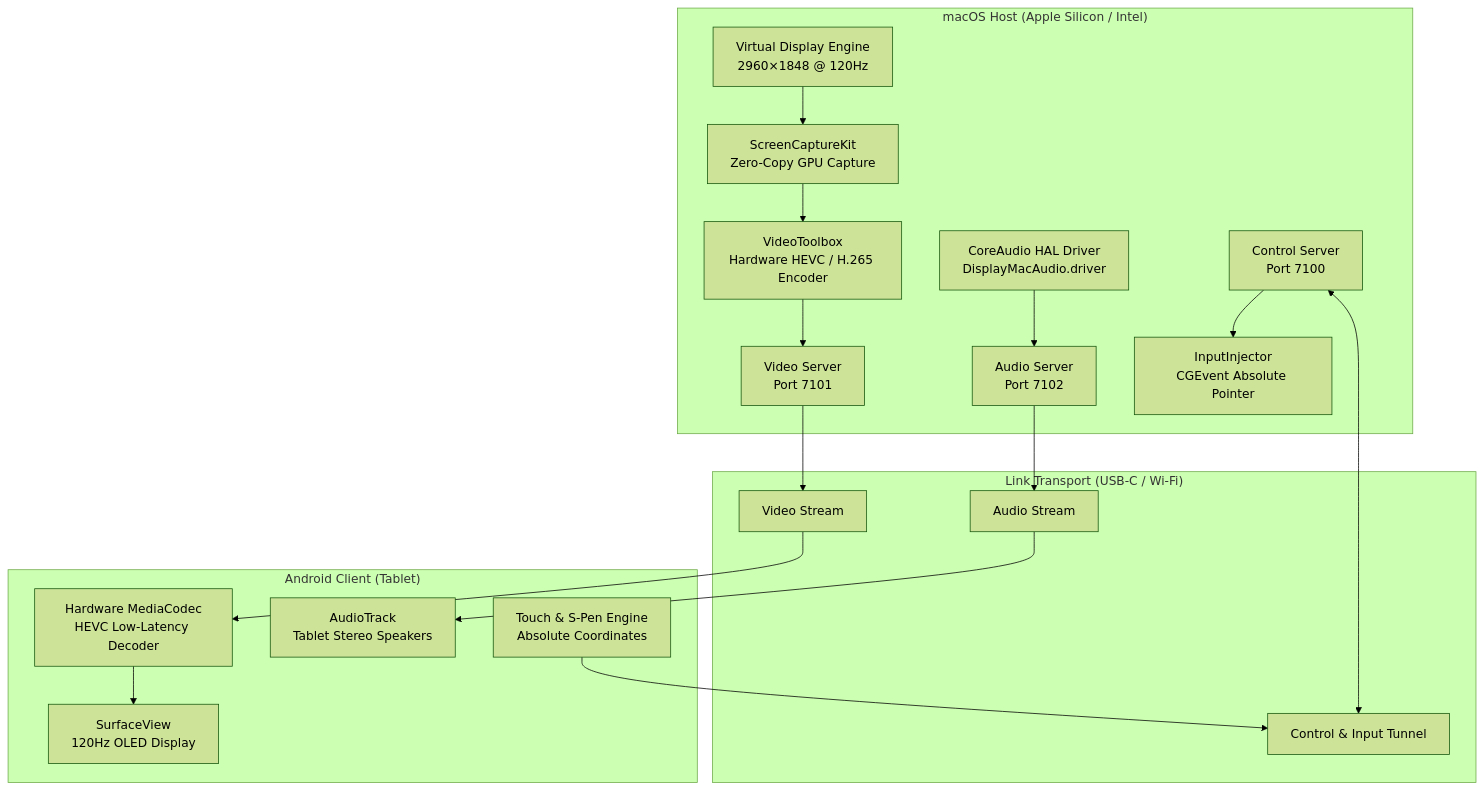
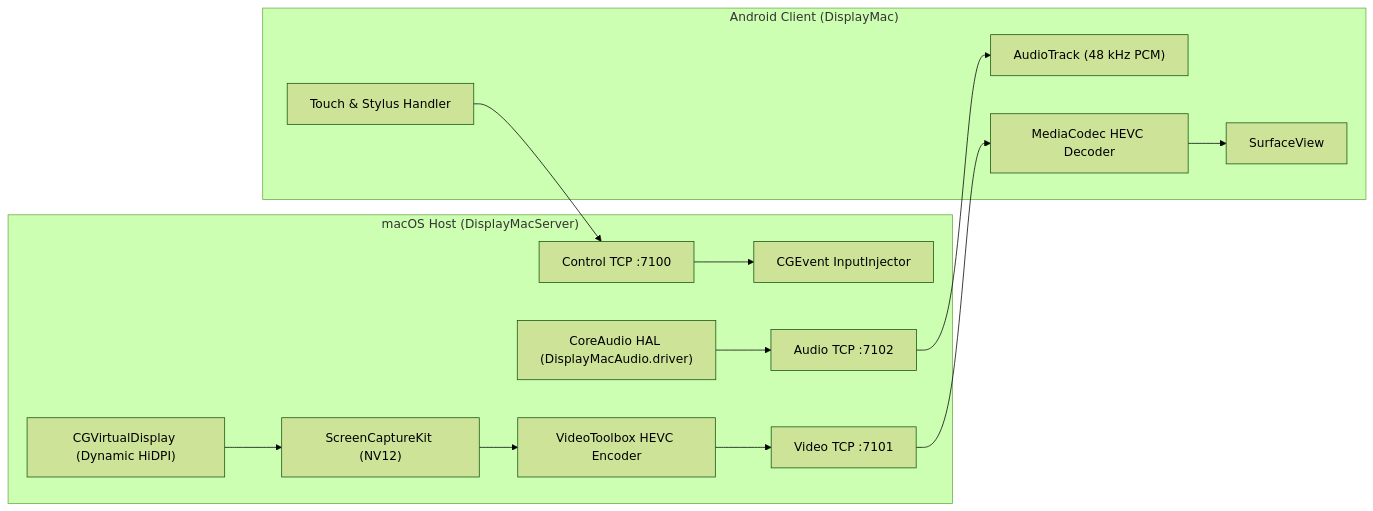
One commit to aniketlab/DisplayMac changed the diagram in README.md. Above: the diagram before and after it, drawn with Mermaid (forest theme). The commit also changed other lines of this file and 98 other files, not shown here.

Commit message:
chore: harden architecture, licensing, dynamic hardware negotiation, tests, and CI

````diff
--- a/README.md
+++ b/README.md
@@ -74,27 +36,17 @@
 ```mermaid
-flowchart TD
-    subgraph Host ["macOS Host (Apple Silicon / Intel)"]
-        A["Virtual Display Engine\n2960×1848 @ 120Hz"] --> B["ScreenCaptureKit\nZero-Copy GPU Capture"]
-        B --> C["VideoToolbox\nHardware HEVC / H.265 Encoder"]
-        C --> D["Video Server\nPort 7101"]
-        
-        M["CoreAudio HAL Driver\nDisplayMacAudio.driver"] --> N["Audio Server\nPort 7102"]
-        
-        O["Control Server\nPort 7100"] --> P["InputInjector\nCGEvent Absolute Pointer"]
+flowchart LR
+    subgraph Host["macOS Host (DisplayMacServer)"]
+        VD["CGVirtualDisplay (Dynamic HiDPI)"] --> SC["ScreenCaptureKit (NV12)"]
+        SC --> VT["VideoToolbox HEVC Encoder"]
+        VT --> NETV["Video TCP :7101"]
+        HAL["CoreAudio HAL (DisplayMacAudio.driver)"] --> NETA["Audio TCP :7102"]
+        NETC["Control TCP :7100"] --> IN["CGEvent InputInjector"]
     end
 
-    subgraph Link ["Link Transport (USB-C / Wi-Fi)"]
-        D --> E["Video Stream"]
-        N --> F["Audio Stream"]
-        O <--> G["Control & Input Tunnel"]
-    end
-
-    subgraph Client ["Android Client (Tablet)"]
-        E --> H["Hardware MediaCodec\nHEVC Low-Latency Decoder"]
-        H --> I["SurfaceView\n120Hz OLED Display"]
-        
-        F --> J["AudioTrack\nTablet Stereo Speakers"]
-        
-        K["Touch & S-Pen Engine\nAbsolute Coordinates"] --> G
+    subgraph Client["Android Client (DisplayMac)"]
+        NETV --> DEC["MediaCodec HEVC Decoder"]
+        DEC --> SURF["SurfaceView"]
+        NETA --> AUD["AudioTrack (48 kHz PCM)"]
+        TOUCH["Touch & Stylus Handler"] --> NETC
     end
 ```
````
